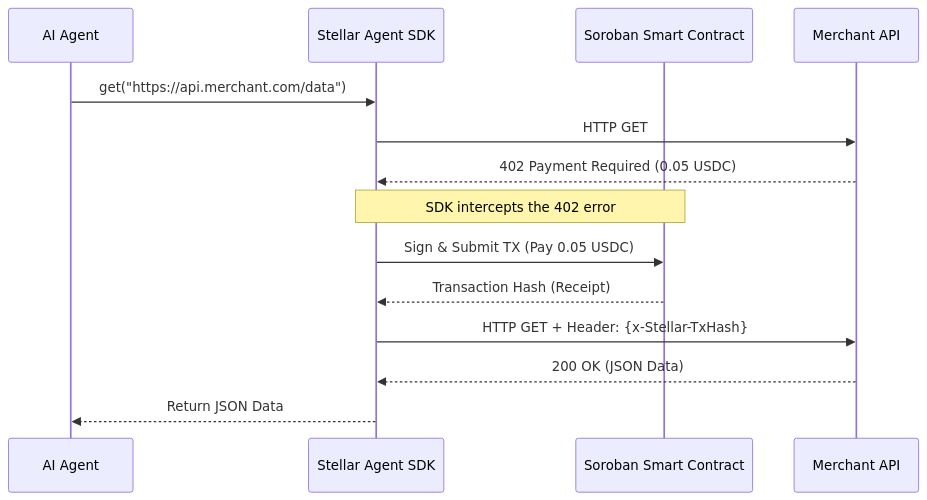
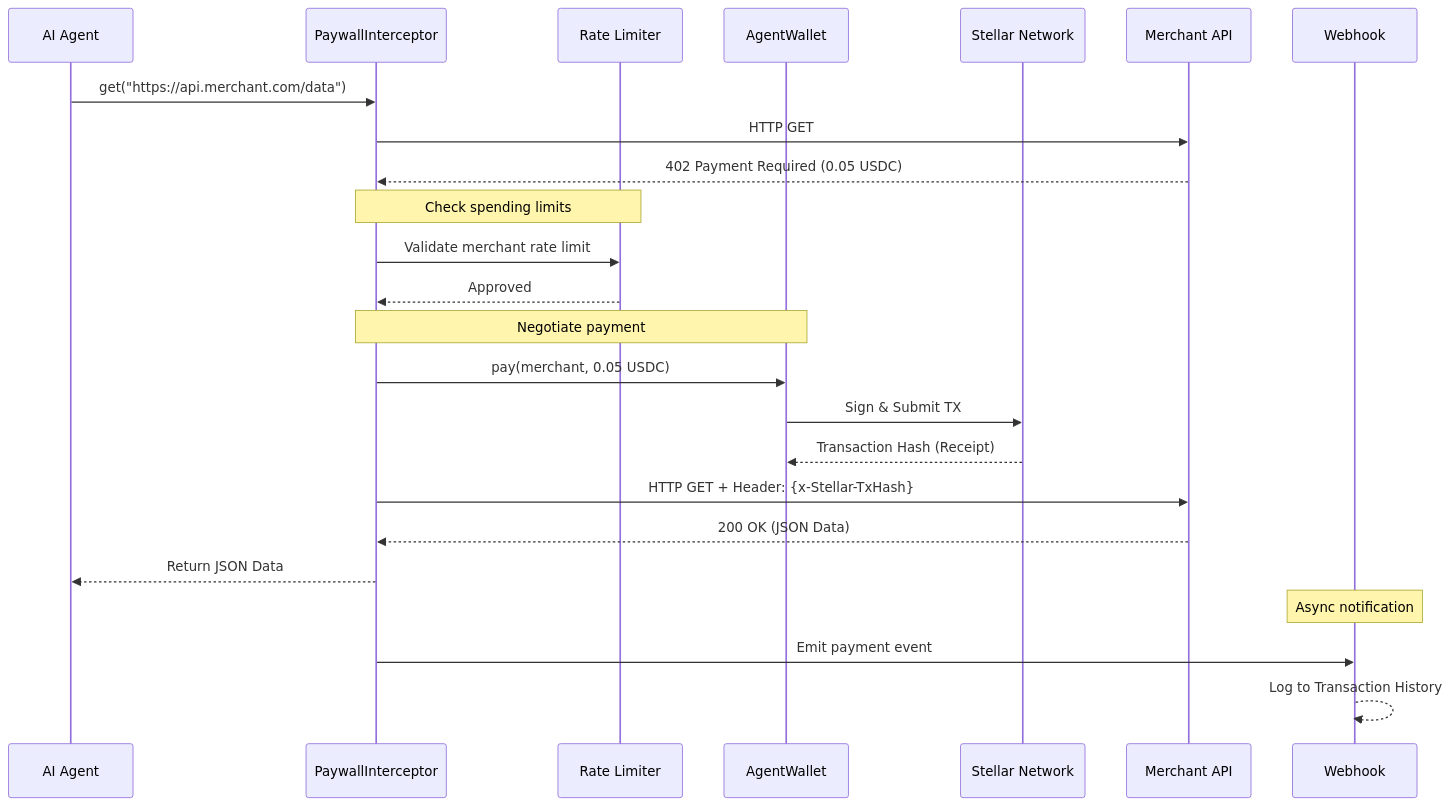
The second of 3 diagrams in README.md (StellarAgentic/StellarM2M), drawn with Mermaid before and after one commit. The commit also changed other lines of this file and 4 other files, not shown here.

````diff
--- a/README.md
+++ b/README.md
@@ -37,19 +96,31 @@
 ```mermaid
 sequenceDiagram
     participant A as AI Agent
-    participant SDK as Stellar Agent SDK
-    participant S as Soroban Smart Contract
+    participant INT as PaywallInterceptor
+    participant RL as Rate Limiter
+    participant W as AgentWallet
+    participant S as Stellar Network
     participant M as Merchant API
+    participant WH as Webhook
 
-    A->>SDK: get("https://api.merchant.com/data")
-    SDK->>M: HTTP GET
-    M-->>SDK: 402 Payment Required (0.05 USDC)
+    A->>INT: get("https://api.merchant.com/data")
+    INT->>M: HTTP GET
+    M-->>INT: 402 Payment Required (0.05 USDC)
     
-    Note over SDK,S: SDK intercepts the 402 error
-    SDK->>S: Sign & Submit TX (Pay 0.05 USDC)
-    S-->>SDK: Transaction Hash (Receipt)
+    Note over INT,RL: Check spending limits
+    INT->>RL: Validate merchant rate limit
+    RL-->>INT: Approved
+
+    Note over INT,W: Negotiate payment
+    INT->>W: pay(merchant, 0.05 USDC)
+    W->>S: Sign & Submit TX
+    S-->>W: Transaction Hash (Receipt)
     
-    SDK->>M: HTTP GET + Header: {x-Stellar-TxHash}
-    M-->>SDK: 200 OK (JSON Data)
-    SDK-->>A: Return JSON Data
+    INT->>M: HTTP GET + Header: {x-Stellar-TxHash}
+    M-->>INT: 200 OK (JSON Data)
+    INT-->>A: Return JSON Data
+
+    Note over WH: Async notification
+    INT->>WH: Emit payment event
+    WH-->>WH: Log to Transaction History
 ```
````
